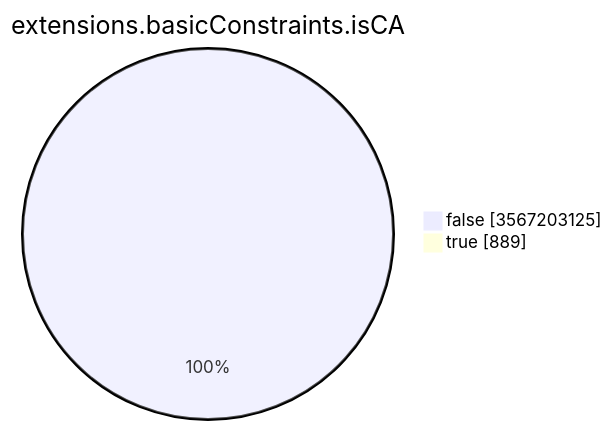
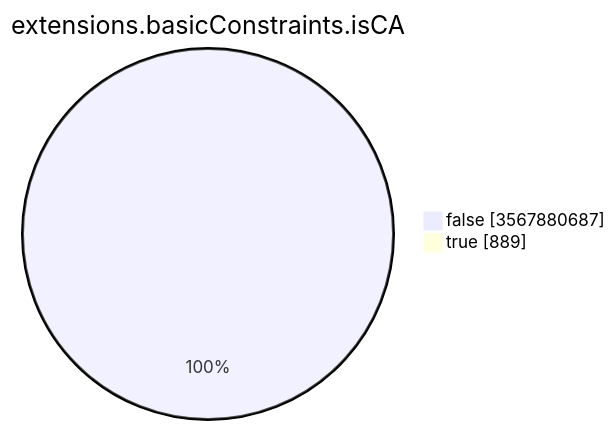
Before and after one commit to christiankrug/ctmonitor_visualization: the seventh of 15 diagrams in TOTAL/README.md, drawn with Mermaid. The commit also changed other lines of this file, not shown here.

````diff
--- a/TOTAL/README.md
+++ b/TOTAL/README.md
@@ -3094,6 +3094,6 @@
 ```mermaid
 pie showData
 title extensions.basicConstraints.isCA
-"false" :3567203125
+"false" :3567880687
 "true" :889
 ```
````
